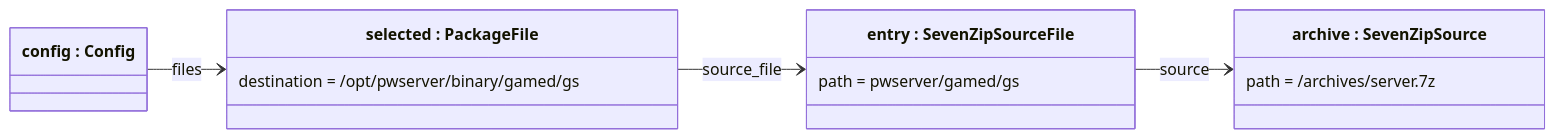
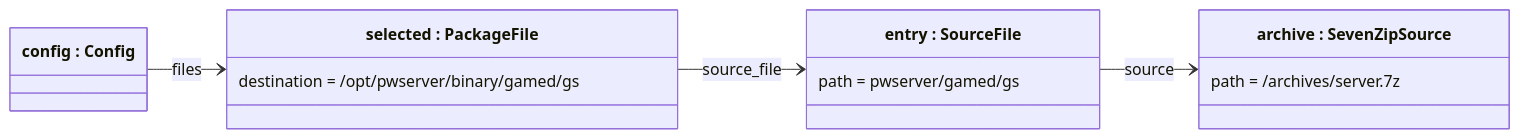
Before and after one commit to CPiracy/PWServer: the second of 2 diagrams in research/package-builder-file-flow.ru.md, drawn with Mermaid. The commit also changed other lines of this file, not shown here.

````diff
--- a/research/package-builder-file-flow.ru.md
+++ b/research/package-builder-file-flow.ru.md
@@ -101,16 +102,16 @@
 ```mermaid
 classDiagram
     direction LR
     class Config["config : Config"]
     class Selected["selected : PackageFile"]
-    class Entry["entry : SevenZipSourceFile"]
+    class Entry["entry : SourceFile"]
     class Archive["archive : SevenZipSource"]
 
     Selected : destination = /opt/pwserver/binary/gamed/gs
     Entry : path = pwserver/gamed/gs
     Archive : path = /archives/server.7z
 
     Config --> Selected : files
     Selected --> Entry : source_file
     Entry --> Archive : source
 ```
````
